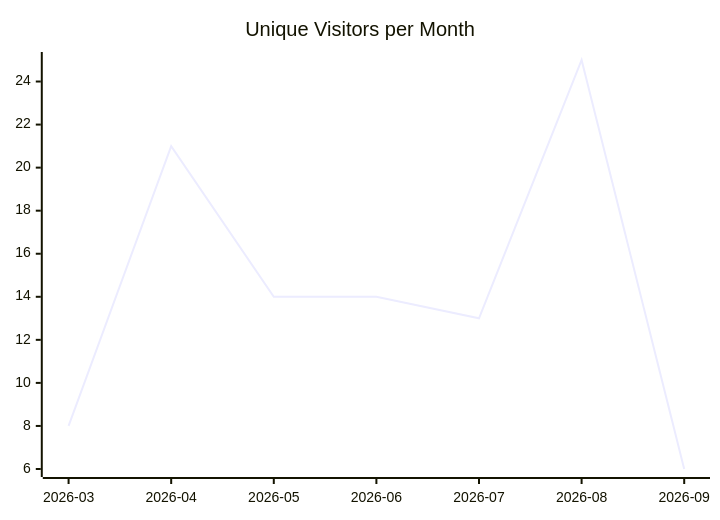
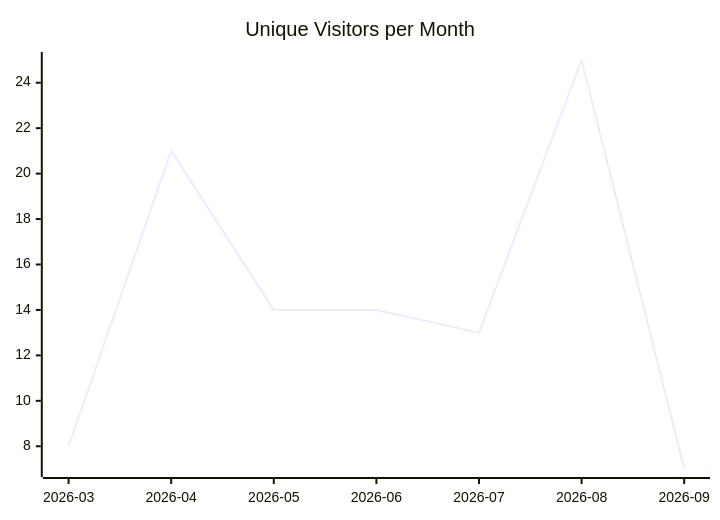
The first of 3 diagrams in karlmdavis/ksoap2-android/README.md (justdavis-family/github-analytics-data), drawn with Mermaid before and after one commit. The commit also changed other lines of this file and 188 other files, not shown here.

````diff
--- a/karlmdavis/ksoap2-android/README.md
+++ b/karlmdavis/ksoap2-android/README.md
@@ -5,6 +5,6 @@
 ```mermaid
 xychart-beta
   title "Unique Visitors per Month"
   x-axis ["2026-03", "2026-04", "2026-05", "2026-06", "2026-07", "2026-08", "2026-09"]
-  line [8, 21, 14, 14, 13, 25, 6]
+  line [8, 21, 14, 14, 13, 25, 7]
 ```
````
